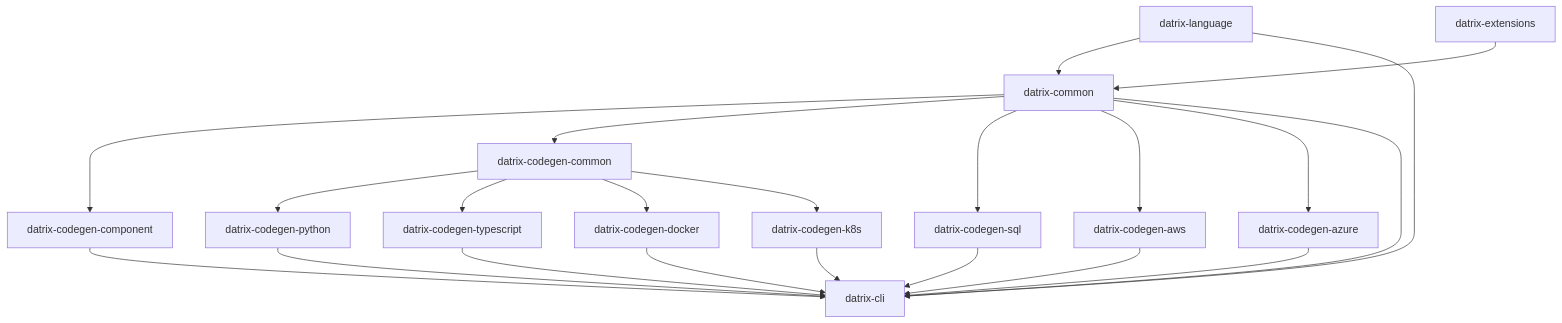
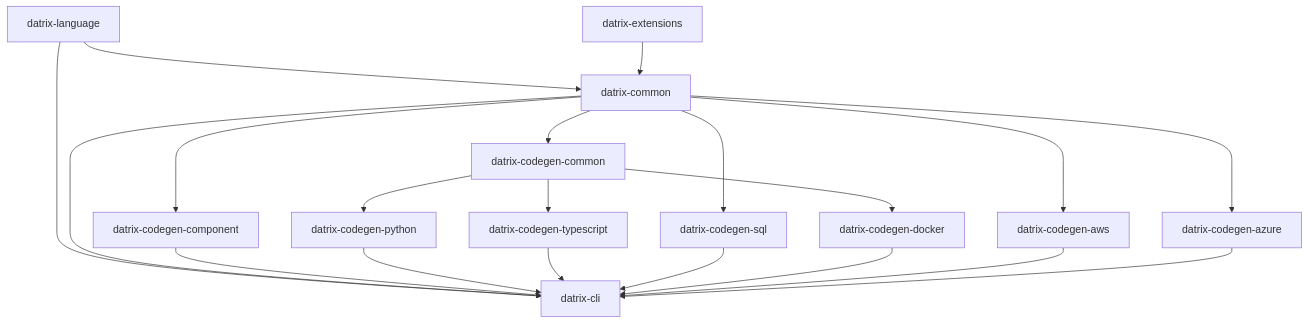
Before and after one commit to keturk/datrix: the diagram in docs/architecture/architecture-overview.md, drawn with Mermaid. The commit also changed other lines of this file and 338 other files, not shown here.

````diff
--- a/docs/architecture/architecture-overview.md
+++ b/docs/architecture/architecture-overview.md
@@ -63,25 +63,23 @@
 ```mermaid
 graph TD
  A[datrix-common]
  B[datrix-language] --> A
  L[datrix-extensions] --> A
  A --> CC[datrix-codegen-component]
  A --> CGC[datrix-codegen-common]
  CGC --> D[datrix-codegen-python]
  CGC --> E[datrix-codegen-typescript]
  A --> F[datrix-codegen-sql]
  CGC --> G[datrix-codegen-docker]
- CGC --> H[datrix-codegen-k8s]
  A --> I[datrix-codegen-aws]
  A --> J[datrix-codegen-azure]
  B --> K[datrix-cli]
  A --> K
  CC --> K
  D --> K
  E --> K
  F --> K
  G --> K
- H --> K
  I --> K
  J --> K
 ```
````
